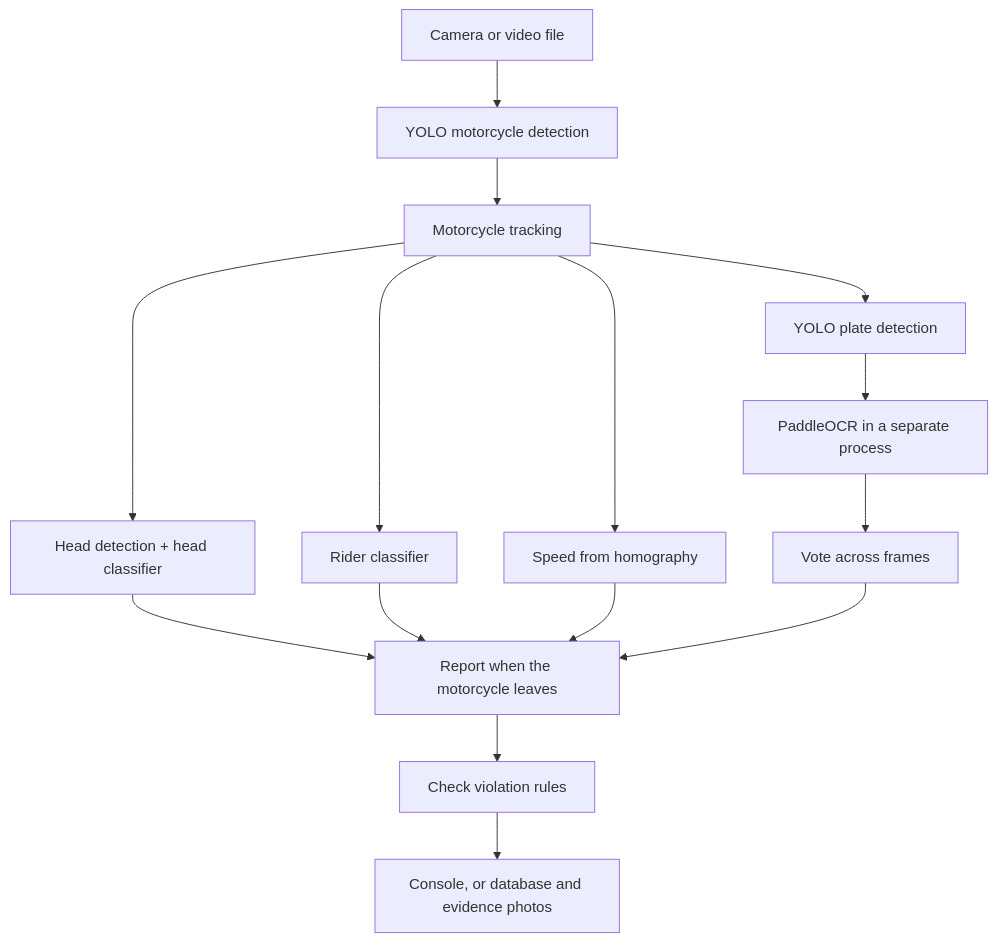
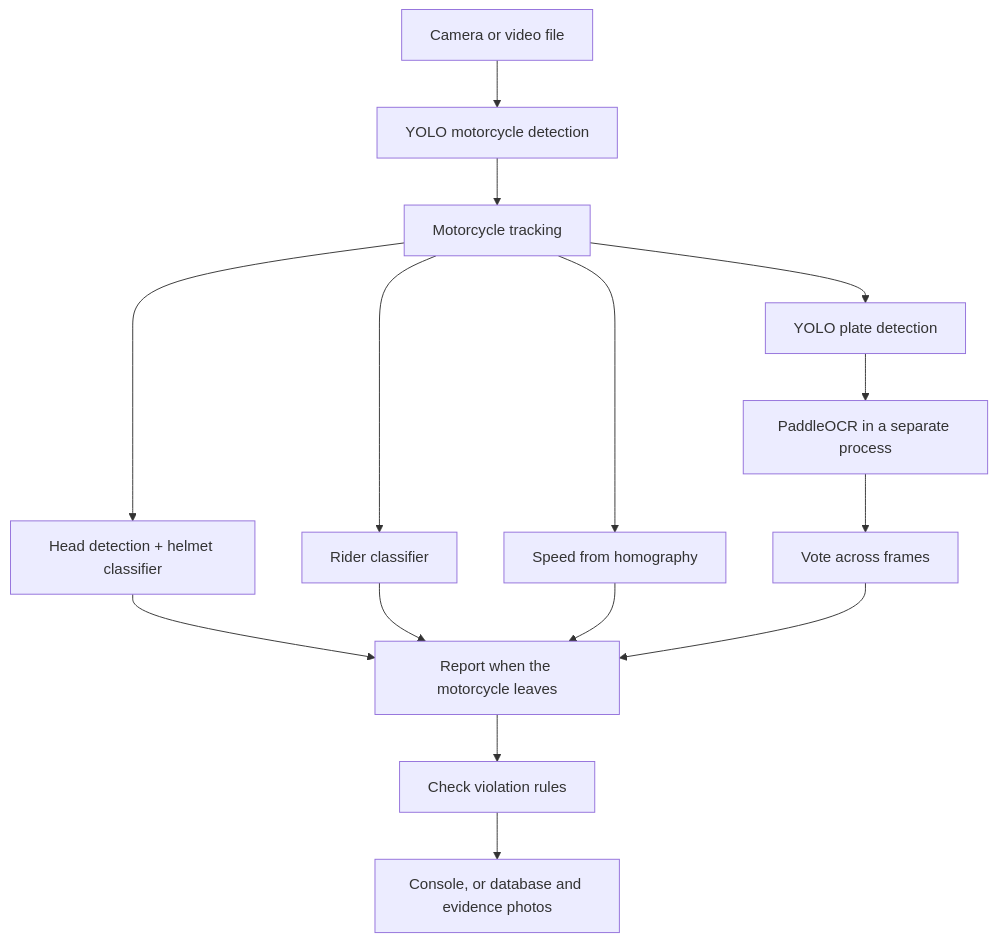
Before and after one commit to OhmKittiphot/Smart-traffic-detect-motorcycle: the diagram in README.md, drawn with Mermaid. The commit also changed other lines of this file and 25 other files, not shown here.

````diff
--- a/README.md
+++ b/README.md
@@ -245,17 +239,17 @@
 ```mermaid
 flowchart TD
     A[Camera or video file] --> B[YOLO motorcycle detection]
     B --> C[Motorcycle tracking]
-    C --> D[Head detection + head classifier]
+    C --> D[Head detection + helmet classifier]
     C --> E[Rider classifier]
     C --> F[YOLO plate detection]
     C --> G[Speed from homography]
     F --> H[PaddleOCR in a separate process]
     H --> I[Vote across frames]
     D --> J[Report when the motorcycle leaves]
     E --> J
     G --> J
     I --> J
     J --> K[Check violation rules]
     K --> L[Console, or database and evidence photos]
 ```
````
